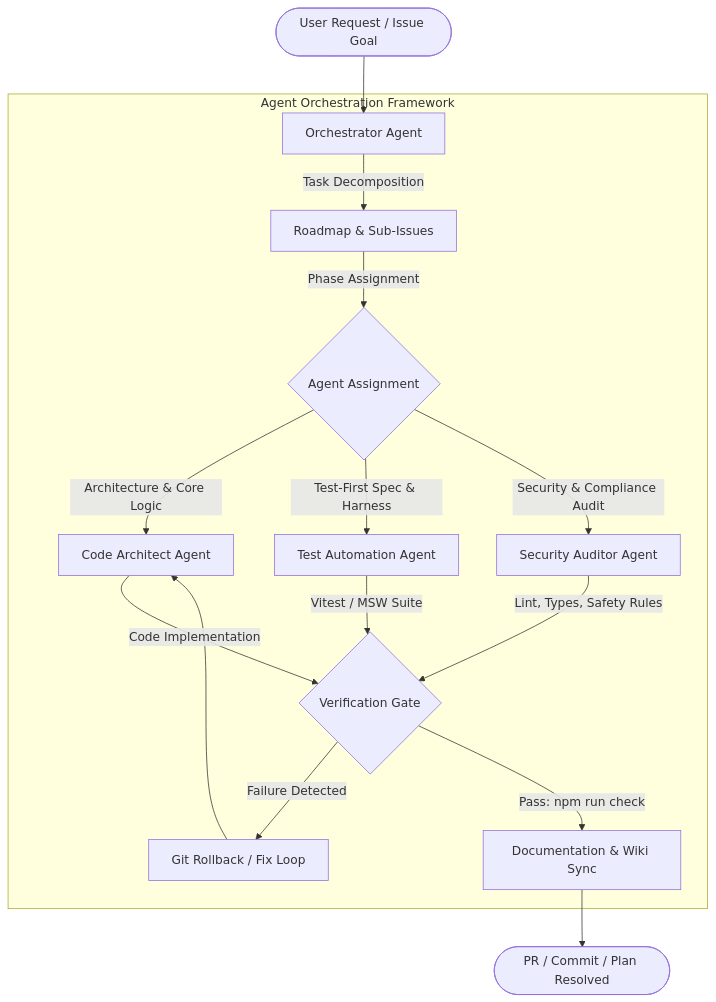
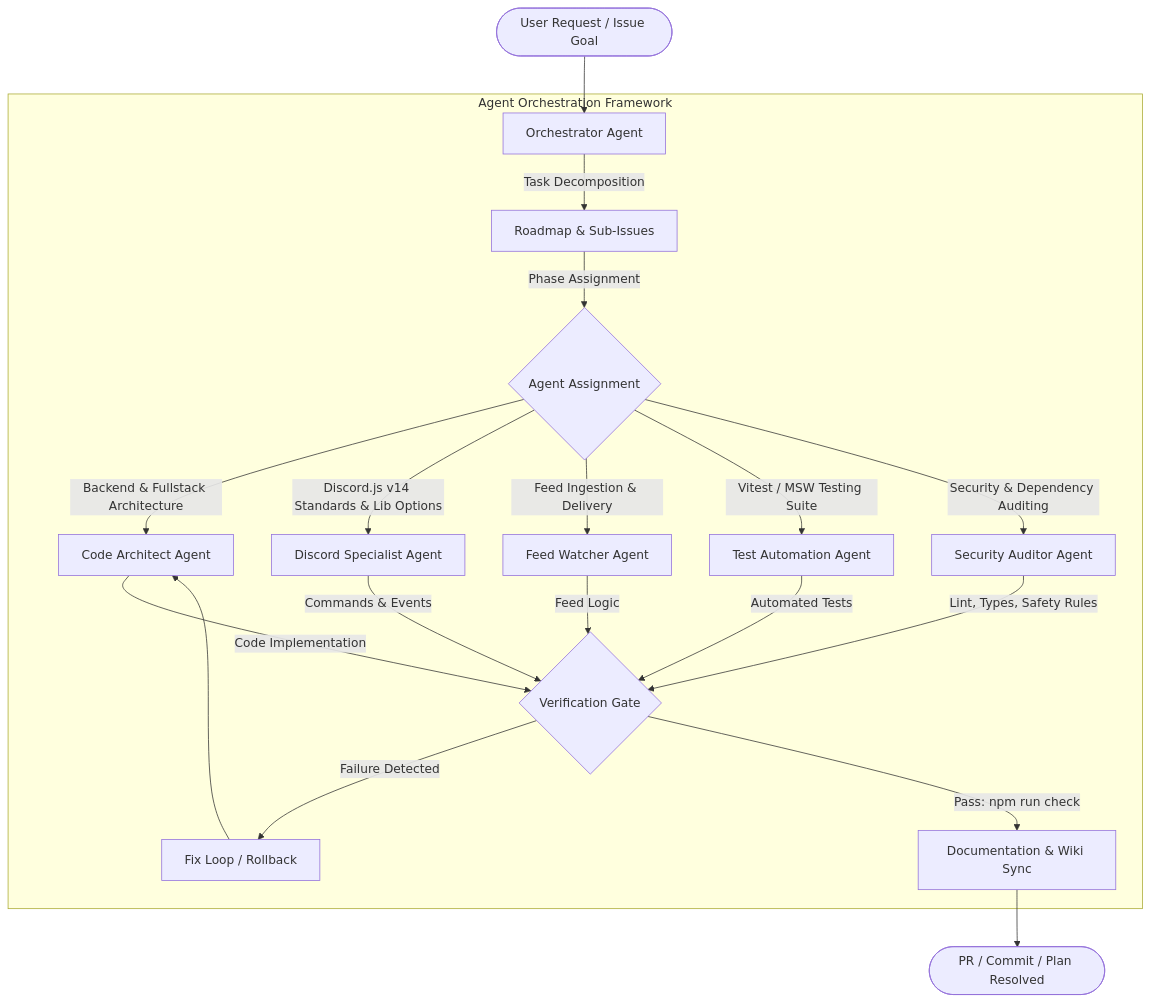
The diagram in AGENTS.md (HELIX-Origin/HELIX-Discord-Bot), drawn with Mermaid before and after one commit. The commit also changed other lines of this file and 34 other files, not shown here.

Commit message:
✨ feat(agents): rebuild agent ecosystem with discord.js v14 standards, dynamic registries, and modular lib

````diff
--- a/AGENTS.md
+++ b/AGENTS.md
@@ -128,24 +142,28 @@
 ```mermaid
 flowchart TD
     UserGoal([User Request / Issue Goal]) --> Orchestrator[Orchestrator Agent]
     
     subgraph OrchestrationCycle [Agent Orchestration Framework]
         Orchestrator -->|Task Decomposition| RoadmapPlan[Roadmap & Sub-Issues]
         RoadmapPlan -->|Phase Assignment| DevTeam{Agent Assignment}
         
-        DevTeam -->|Architecture & Core Logic| Architect[Code Architect Agent]
-        DevTeam -->|Test-First Spec & Harness| Tester[Test Automation Agent]
-        DevTeam -->|Security & Compliance Audit| Auditor[Security Auditor Agent]
+        DevTeam -->|Backend & Fullstack Architecture| Architect[Code Architect Agent]
+        DevTeam -->|Discord.js v14 Standards & Lib Options| DiscordAgent[Discord Specialist Agent]
+        DevTeam -->|Feed Ingestion & Delivery| FeedWatcher[Feed Watcher Agent]
+        DevTeam -->|Vitest / MSW Testing Suite| Tester[Test Automation Agent]
+        DevTeam -->|Security & Dependency Auditing| Auditor[Security Auditor Agent]
         
         Architect -->|Code Implementation| VerifyGate{Verification Gate}
-        Tester -->|Vitest / MSW Suite| VerifyGate
+        DiscordAgent -->|Commands & Events| VerifyGate
+        FeedWatcher -->|Feed Logic| VerifyGate
+        Tester -->|Automated Tests| VerifyGate
         Auditor -->|Lint, Types, Safety Rules| VerifyGate
         
-        VerifyGate -->|Failure Detected| Rollback[Git Rollback / Fix Loop]
+        VerifyGate -->|Failure Detected| Rollback[Fix Loop / Rollback]
         Rollback --> Architect
         
         VerifyGate -->|Pass: npm run check| DocsSync[Documentation & Wiki Sync]
     end
     
     DocsSync --> Complete([PR / Commit / Plan Resolved])
 ```
````
